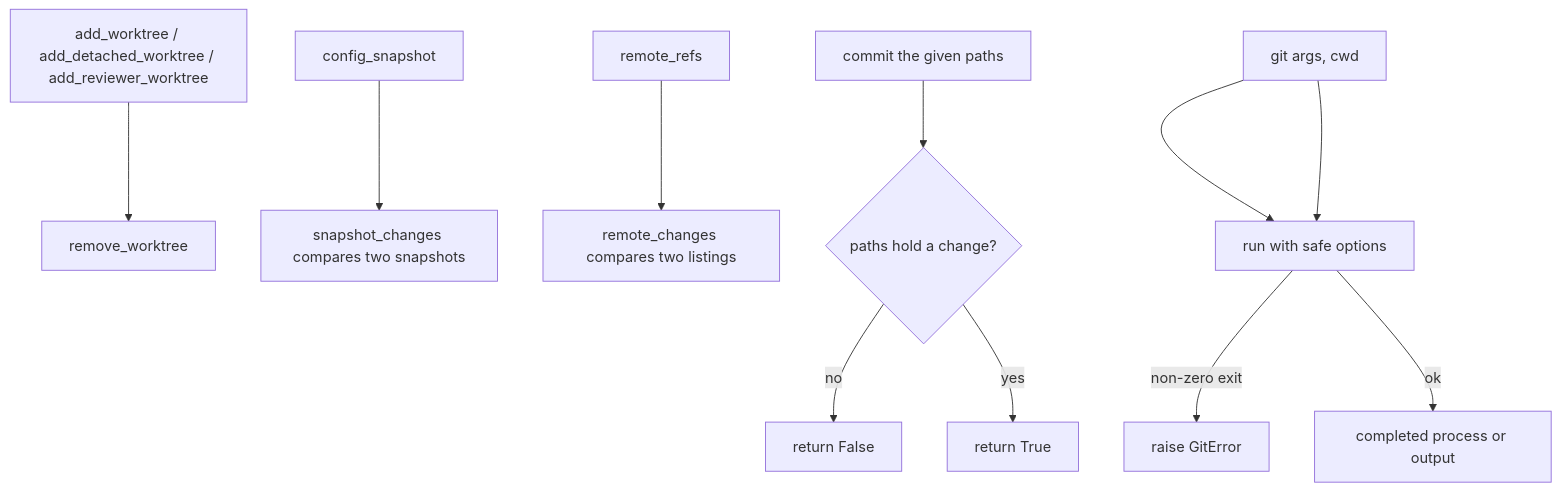
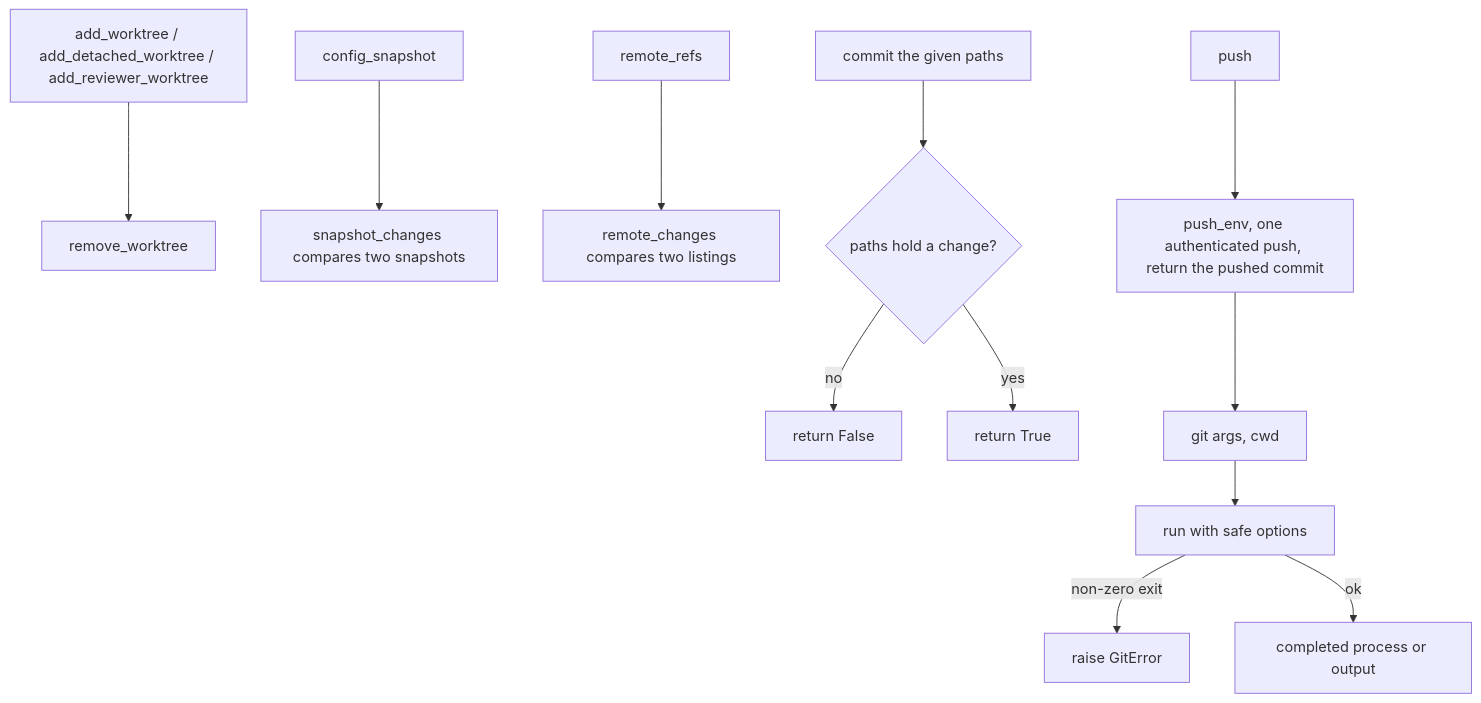
Before and after one commit to plaplanche/ariane: the first of 3 diagrams in docs/architecture/modules/git.md, drawn with Mermaid. The commit also changed other lines of this file and 1 other file, not shown here.

````diff
--- a/docs/architecture/modules/git.md
+++ b/docs/architecture/modules/git.md
@@ -64,13 +64,14 @@
 ```mermaid
 flowchart TD
   A[add_worktree / add_detached_worktree / add_reviewer_worktree] --> B[remove_worktree]
   C[config_snapshot] --> D[snapshot_changes compares two snapshots]
   E[remote_refs] --> F[remote_changes compares two listings]
   G[commit the given paths] --> H{paths hold a change?}
   H -- no --> I[return False]
   H -- yes --> J[return True]
-  K[push] --> L[push_env, one authenticated push, return the pushed commit]
+  P[push] --> Q[push_env, one authenticated push, return the pushed commit]
+  Q --> K
   K[git args, cwd] --> L[run with safe options]
   L -- non-zero exit --> X[raise GitError]
   L -- ok --> M[completed process or output]
 ```
````
